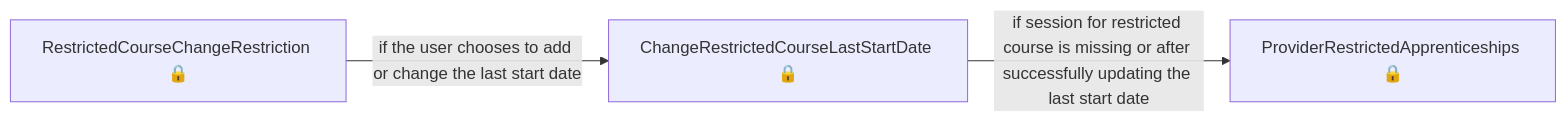
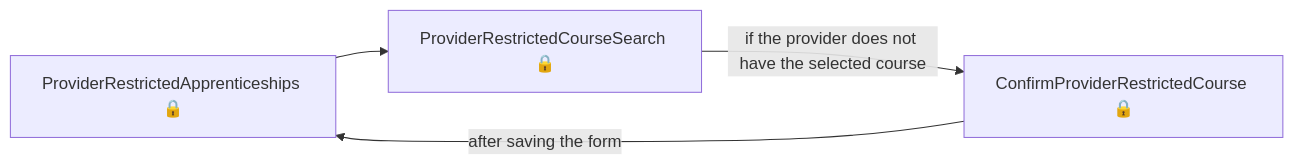
Diagram 11 of 15 in das-admin-roatp-web/user-journeys/user-journeys.md (talentconsulting/atlas-dfe), drawn with Mermaid before and after one commit. The commit also changed other lines of this file and 36 other files, not shown here.

````diff
--- a/das-admin-roatp-web/user-journeys/user-journeys.md
+++ b/das-admin-roatp-web/user-journeys/user-journeys.md
@@ -141,5 +142,6 @@
 ```mermaid
 flowchart LR
-  p0["RestrictedCourseChangeRestriction 🔒"] -->|"if the user chooses to add or change the last start date"| p1["ChangeRestrictedCourseLastStartDate 🔒"]
-  p1["ChangeRestrictedCourseLastStartDate 🔒"] -->|"if session for restricted course is missing or after successfully updating the last start date"| p2["ProviderRestrictedApprenticeships 🔒"]
+  p0["ProviderRestrictedApprenticeships 🔒"] --> p1["ProviderRestrictedCourseSearch 🔒"]
+  p1["ProviderRestrictedCourseSearch 🔒"] -->|"if the provider does not have the selected course"| p2["ConfirmProviderRestrictedCourse 🔒"]
+  p2["ConfirmProviderRestrictedCourse 🔒"] -->|"after saving the form"| p0["ProviderRestrictedApprenticeships 🔒"]
 ```
````
